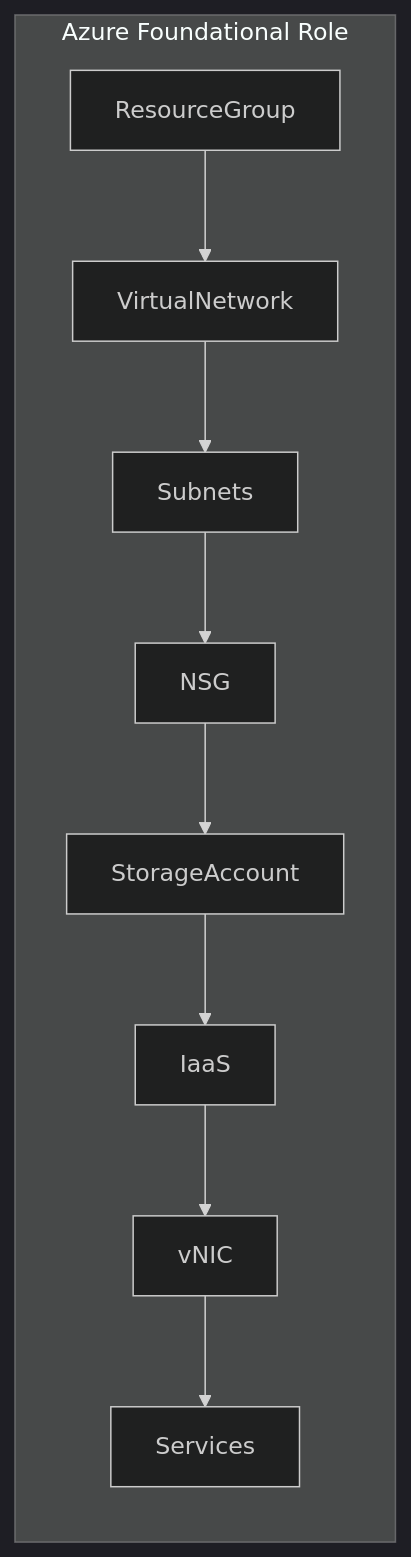
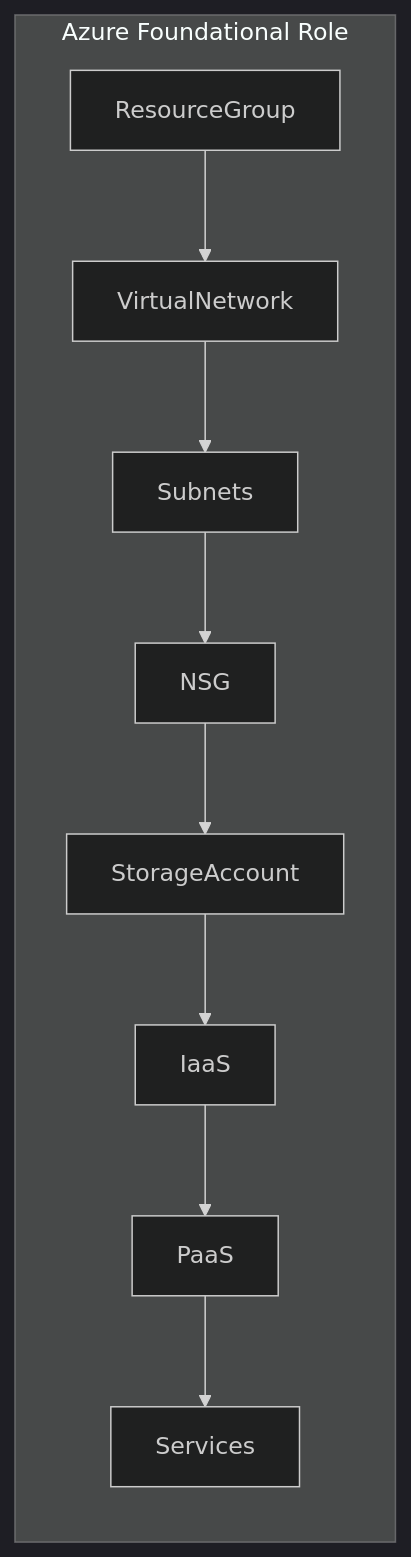
The diagram in azure-BlueShift/README.md (slagathor34/awx-lab), drawn with Mermaid (dark theme) before and after one commit.

Commit message:
Update Graphic

````diff
--- a/azure-BlueShift/README.md
+++ b/azure-BlueShift/README.md
@@ -5,12 +5,12 @@
 ```mermaid
 graph LR
   subgraph "Azure Foundational Role"
   Node1[ResourceGroup] --> Node2[VirtualNetwork]
   Node2[VirtualNetwork] --> Node3[Subnets]
   Node3[Subnets] --> Node4[NSG]
   Node4[NSG] --> Node5[StorageAccount]
   Node5[StorageAccount] --> Node6[IaaS]
-  Node6[IaaS] --> Node7[vNIC]
-  Node7[vNIC] --> Node8[Services]
+  Node6[IaaS] --> Node7[Services]
+  Node7[PaaS] --> Node8[Services]
 end
 ```
````
